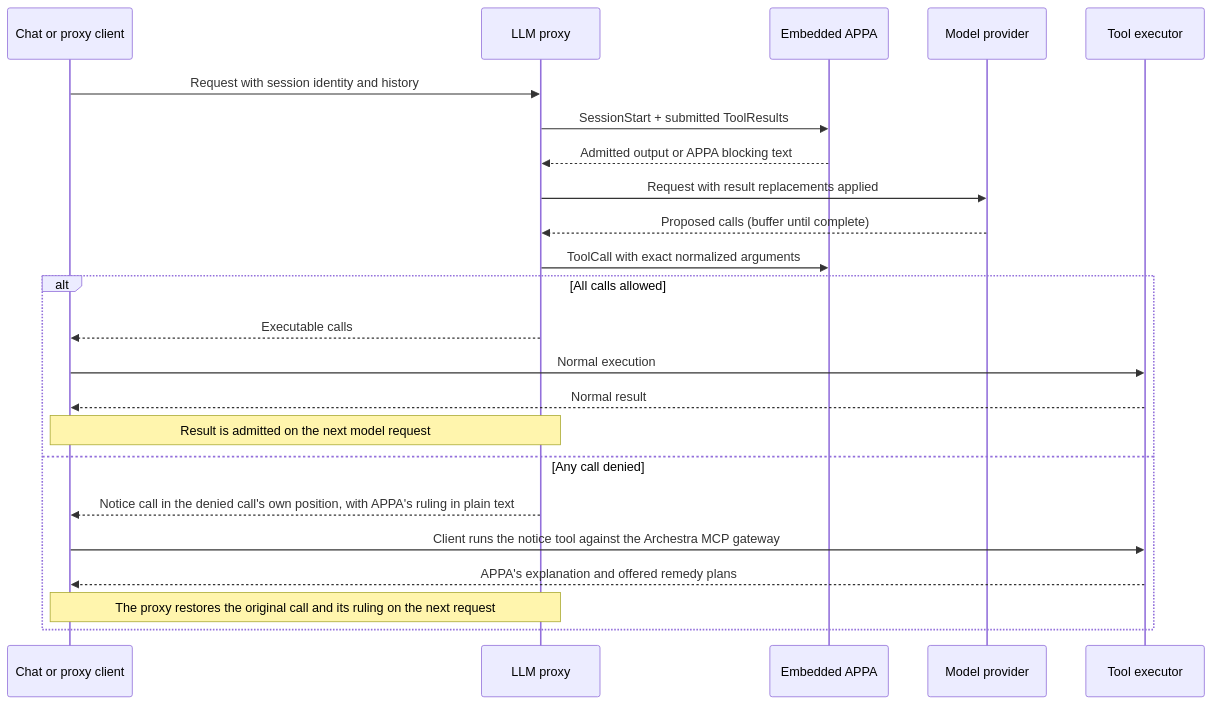
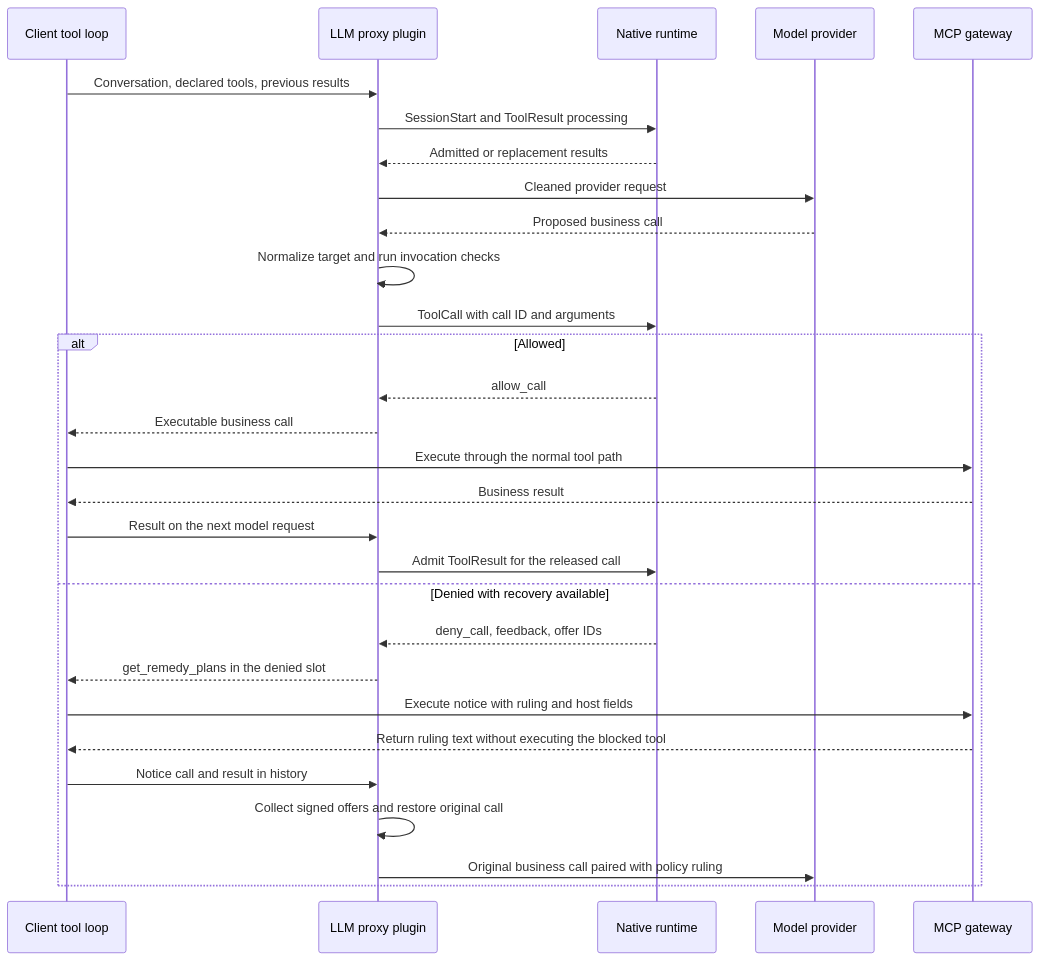
Before and after one commit to archestra-ai/archestra: the fourth of 10 diagrams in docs/openappa-architecture.md, drawn with Mermaid. The commit also changed other lines of this file, not shown here.

Commit message:
docs(openappa): simplify and clarify architecture reference

````diff
--- a/docs/openappa-architecture.md
+++ b/docs/openappa-architecture.md
@@ -148,25 +191,31 @@
 ```mermaid
 sequenceDiagram
-  participant C as Chat or proxy client
-  participant P as LLM proxy
-  participant A as Embedded APPA
+  participant C as Client tool loop
+  participant P as LLM proxy plugin
+  participant A as Native runtime
   participant L as Model provider
-  participant T as Tool executor
-  C->>P: Request with session identity and history
-  P->>A: SessionStart + submitted ToolResults
-  A-->>P: Admitted output or APPA blocking text
-  P->>L: Request with result replacements applied
-  L-->>P: Proposed calls (buffer until complete)
-  P->>A: ToolCall with exact normalized arguments
-  alt All calls allowed
-    P-->>C: Executable calls
-    C->>T: Normal execution
-    T-->>C: Normal result
-    Note over C,P: Result is admitted on the next model request
-  else Any call denied
-    P-->>C: Notice call in the denied call's own position, with APPA's ruling in plain text
-    C->>T: Client runs the notice tool against the Archestra MCP gateway
-    T-->>C: APPA's explanation and offered remedy plans
-    Note over C,P: The proxy restores the original call and its ruling on the next request
+  participant G as MCP gateway
+  C->>P: Conversation, declared tools, previous results
+  P->>A: SessionStart and ToolResult processing
+  A-->>P: Admitted or replacement results
+  P->>L: Cleaned provider request
+  L-->>P: Proposed business call
+  P->>P: Normalize target and run invocation checks
+  P->>A: ToolCall with call ID and arguments
+  alt Allowed
+    A-->>P: allow_call
+    P-->>C: Executable business call
+    C->>G: Execute through the normal tool path
+    G-->>C: Business result
+    C->>P: Result on the next model request
+    P->>A: Admit ToolResult for the released call
+  else Denied with recovery available
+    A-->>P: deny_call, feedback, offer IDs
+    P-->>C: get_remedy_plans in the denied slot
+    C->>G: Execute notice with ruling and host fields
+    G-->>C: Return ruling text without executing the blocked tool
+    C->>P: Notice call and result in history
+    P->>P: Collect signed offers and restore original call
+    P->>L: Original business call paired with policy ruling
   end
 ```
````
